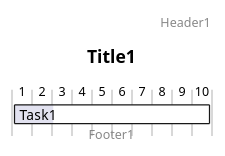
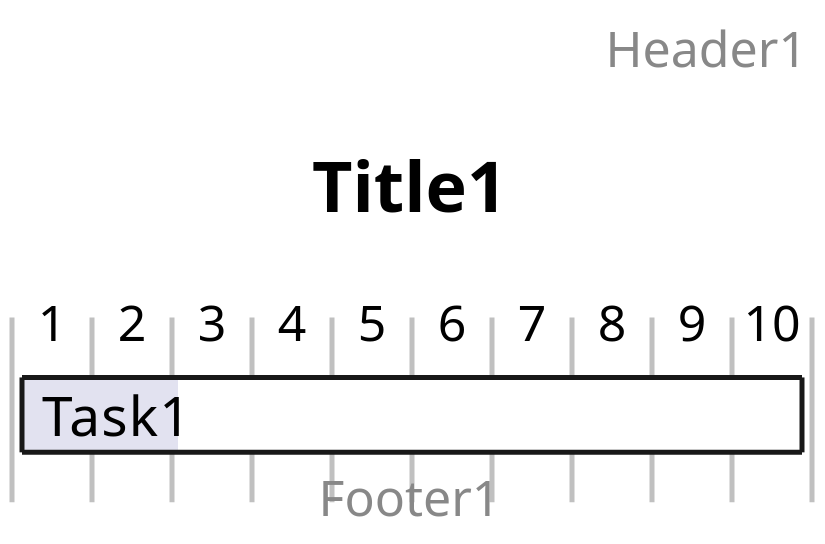
Before and after one commit to redstarssystems/gantt: the diagram in test/data/results/ex04-header-title-footer.adoc, drawn with PlantUML. The commit also changed 4 other files, not shown here.

```diff
--- a/test/data/results/ex04-header-title-footer.adoc
+++ b/test/data/results/ex04-header-title-footer.adoc
@@ -1,23 +1,25 @@
 [plantuml, format=png]
 ----
 @startgantt
+
+scale 1200*900
 
 Title Title1
 
 Header Header1
 
 Footer Footer1
 
 Hide footbox
 
 projectscale daily
 
 
 [Task1] as [t5] lasts 10 days
 
 [t5] is 20% completed
 
 
 
 @endgantt
 ----
```
